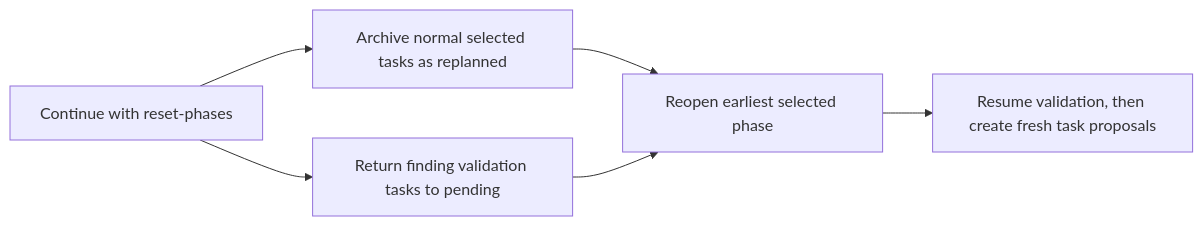
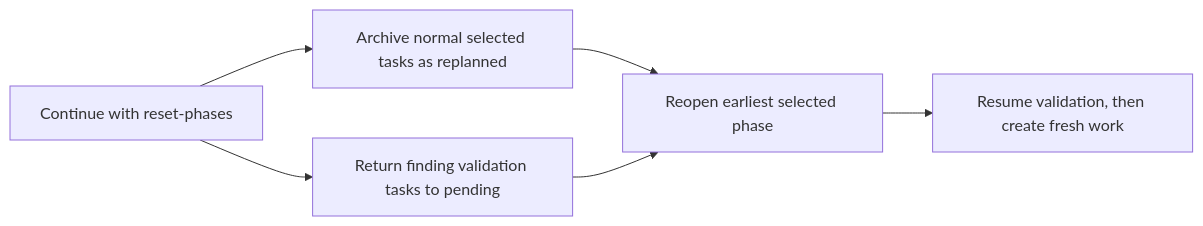
Before and after one commit to double16/Cyber-AutoAgent-ng: the diagram in docs/user-instructions.md, drawn with Mermaid. The commit also changed other lines of this file and 125 other files, not shown here.

````diff
--- a/docs/user-instructions.md
+++ b/docs/user-instructions.md
@@ -144,8 +144,8 @@
 ```mermaid
 flowchart LR
     A[Continue with reset-phases] --> B[Archive normal selected tasks as replanned]
     A --> C[Return finding validation tasks to pending]
     B --> D[Reopen earliest selected phase]
     C --> D
-    D --> E[Resume validation, then create fresh task proposals]
+    D --> E[Resume validation, then create fresh work]
 ```
````
